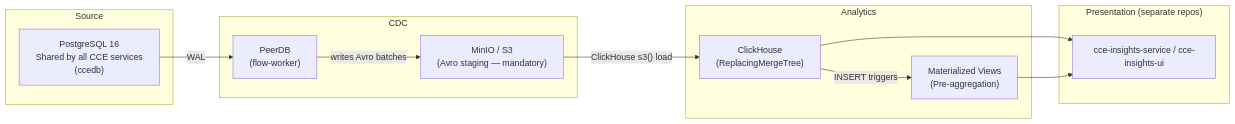
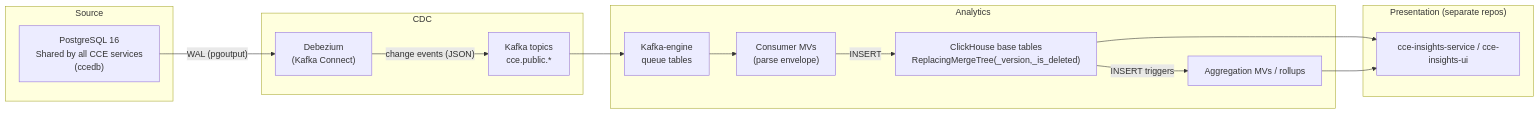
The first of 2 diagrams in docs/data-flow.md (Jayaprakash8887/cce-data-pipeline), drawn with Mermaid before and after one commit. The commit also changed other lines of this file and 32 other files, not shown here.

````diff
--- a/docs/data-flow.md
+++ b/docs/data-flow.md
@@ -7,27 +7,31 @@
 ```mermaid
 flowchart LR
     subgraph Source
         PG["PostgreSQL 16<br/>Shared by all CCE services<br/>(ccedb)"]
     end
 
     subgraph CDC
-        PEER["PeerDB<br/>(flow-worker)"]
-        MINIO["MinIO / S3<br/>(Avro staging — mandatory)"]
+        DBZ["Debezium<br/>(Kafka Connect)"]
+        KAFKA["Kafka topics<br/>cce.public.*"]
     end
 
     subgraph Analytics
-        CH["ClickHouse<br/>(ReplacingMergeTree)"]
-        MV["Materialized Views<br/>(Pre-aggregation)"]
+        Q["Kafka-engine<br/>queue tables"]
+        CMV["Consumer MVs<br/>(parse envelope)"]
+        CH["ClickHouse base tables<br/>ReplacingMergeTree(_version,_is_deleted)"]
+        MV["Aggregation MVs / rollups"]
     end
 
     subgraph Presentation["Presentation (separate repos)"]
         SVC["cce-insights-service / cce-insights-ui"]
     end
 
-    PG -->|WAL| PEER
-    PEER -->|"writes Avro batches"| MINIO
-    MINIO -->|"ClickHouse s3() load"| CH
+    PG -->|"WAL (pgoutput)"| DBZ
+    DBZ -->|"change events (JSON)"| KAFKA
+    KAFKA --> Q
+    Q --> CMV
+    CMV -->|INSERT| CH
     CH -->|INSERT triggers| MV
     CH --> SVC
     MV --> SVC
 ```
````
